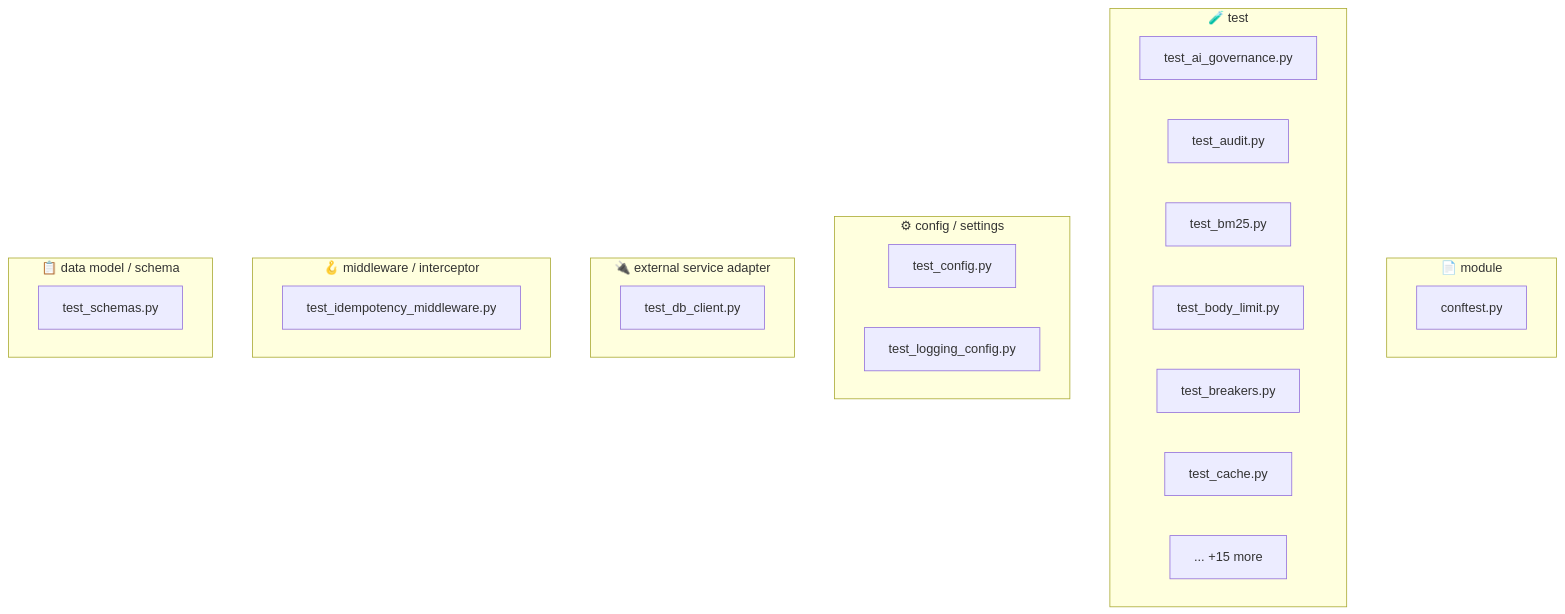
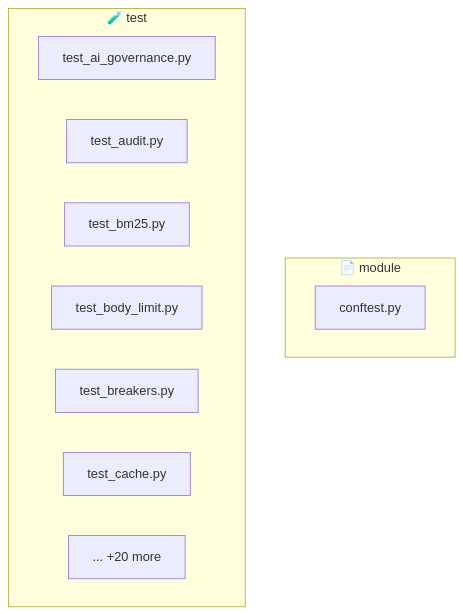
Before and after one commit to PraveenAsthana123/circuitRAG: the third of 14 diagrams in libs/py/tests/README.md, drawn with Mermaid. The commit also changed other lines of this file and 23 other files, not shown here.

````diff
--- a/libs/py/tests/README.md
+++ b/libs/py/tests/README.md
@@ -173,28 +223,15 @@
 ```mermaid
 flowchart TB
     subgraph __module["📄 module"]
         conftest_py["conftest.py"]
     end
     subgraph __test["🧪 test"]
         test_ai_governance_py["test_ai_governance.py"]
         test_audit_py["test_audit.py"]
         test_bm25_py["test_bm25.py"]
         test_body_limit_py["test_body_limit.py"]
         test_breakers_py["test_breakers.py"]
         test_cache_py["test_cache.py"]
-        more___test["... +15 more"]
-    end
-    subgraph __config___settings["⚙ config / settings"]
-        test_config_py["test_config.py"]
-        test_logging_config_py["test_logging_config.py"]
-    end
-    subgraph __external_service_adapter["🔌 external service adapter"]
-        test_db_client_py["test_db_client.py"]
-    end
-    subgraph __middleware___interceptor["🪝 middleware / interceptor"]
-        test_idempotency_middleware_py["test_idempotency_middleware.py"]
-    end
-    subgraph __data_model___schema["📋 data model / schema"]
-        test_schemas_py["test_schemas.py"]
+        more___test["... +20 more"]
     end
 ```
````
